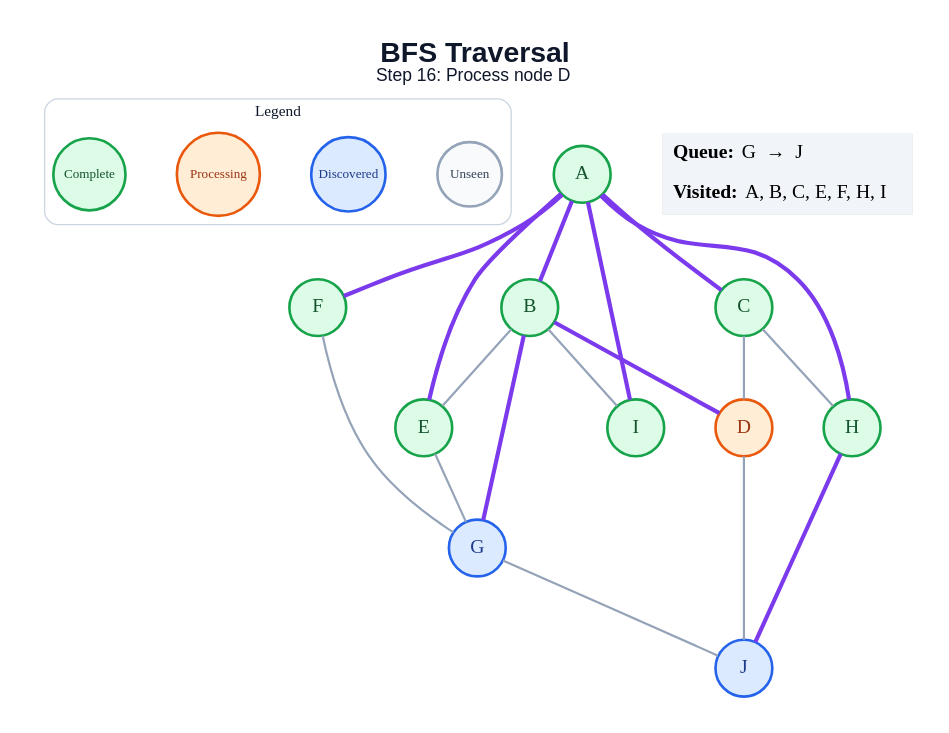
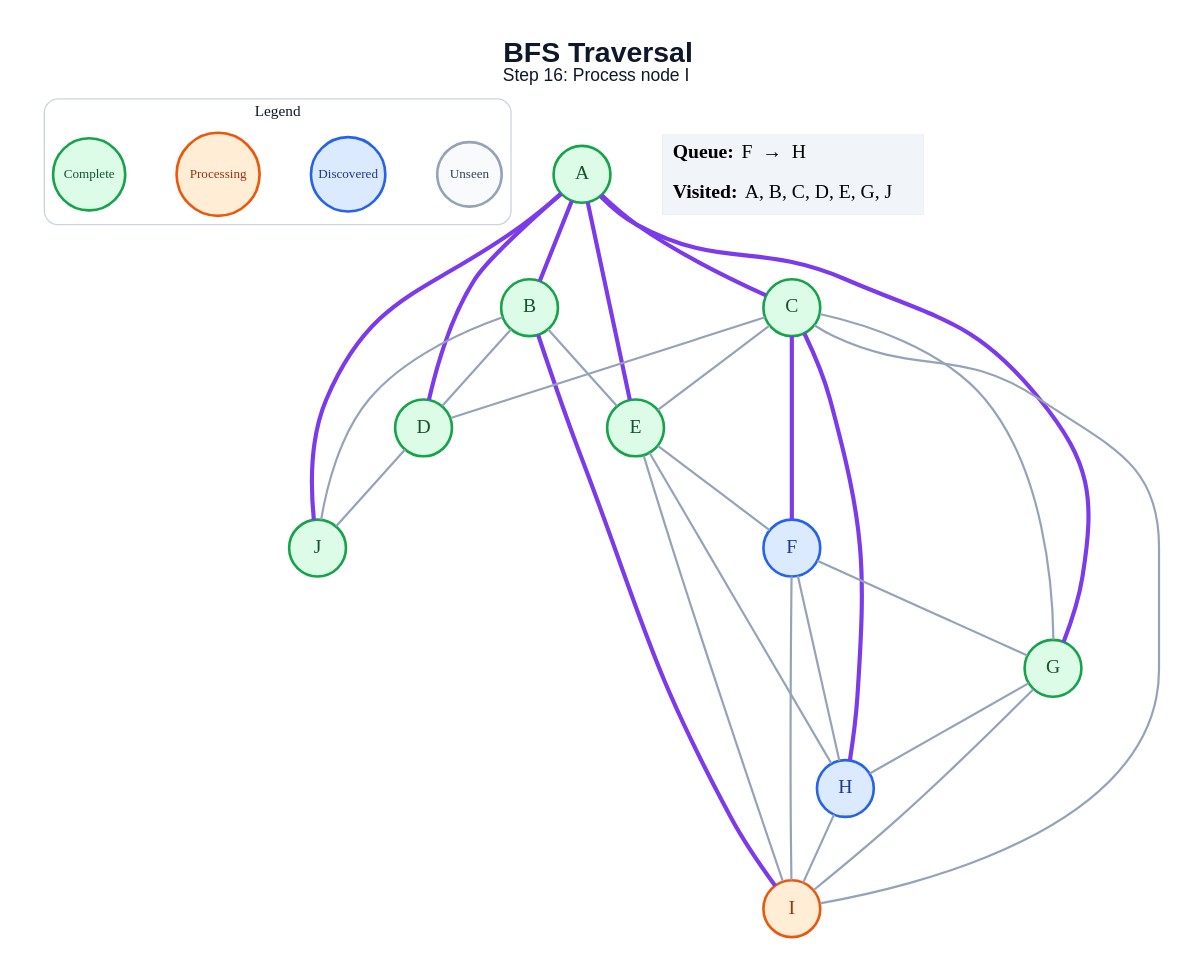
One commit to amanghodawala9/ai-slop changed the diagram in generated/bfs/step_16.dot. Above: the diagram before and after it, drawn with Graphviz. The commit also changed 178 other files, not shown here.

```diff
--- a/generated/bfs/step_16.dot
+++ b/generated/bfs/step_16.dot
@@ -1,46 +1,55 @@
 graph traversal {
   graph [layout=dot, rankdir=TB, bgcolor="#FFFFFF", pad="0.35", nodesep="0.65", ranksep="0.8", fontname="Arial"];
   node [shape=circle, style="filled", fontname="Arial Bold", fontsize=18, width=0.72, fixedsize=true, penwidth=2.4];
   edge [color="#94A3B8", penwidth=2.0];
-  label=<<B>BFS Traversal</B><BR/><FONT POINT-SIZE="16">Step 16: Process node D</FONT>>; labelloc="t"; fontsize=26; fontname="Arial"; fontcolor="#0F172A";
+  label=<<B>BFS Traversal</B><BR/><FONT POINT-SIZE="16">Step 16: Process node I</FONT>>; labelloc="t"; fontsize=26; fontname="Arial"; fontcolor="#0F172A";
   subgraph cluster_legend { label="Legend"; color="#CBD5E1"; penwidth=1.2; style="rounded"; fontsize=14; fontname="Arial Bold";
     key_unseen [label="Unseen", fillcolor="#F8FAFC", color="#94A3B8", fontcolor="#334155", fontsize=12, width=0.82];
     key_frontier [label="Discovered", fillcolor="#DBEAFE", color="#2563EB", fontcolor="#1E3A8A", fontsize=12, width=0.95];
     key_current [label="Processing", fillcolor="#FFEDD5", color="#EA580C", fontcolor="#9A3412", fontsize=12, width=1.05];
     key_done [label="Complete", fillcolor="#DCFCE7", color="#16A34A", fontcolor="#14532D", fontsize=12, width=0.92];
     { rank=same; key_unseen; key_frontier; key_current; key_done; }
   }
   A [fillcolor="#DCFCE7", color="#16A34A", fontcolor="#14532D"];
   B [fillcolor="#DCFCE7", color="#16A34A", fontcolor="#14532D"];
   C [fillcolor="#DCFCE7", color="#16A34A", fontcolor="#14532D"];
-  D [fillcolor="#FFEDD5", color="#EA580C", fontcolor="#9A3412"];
+  D [fillcolor="#DCFCE7", color="#16A34A", fontcolor="#14532D"];
   E [fillcolor="#DCFCE7", color="#16A34A", fontcolor="#14532D"];
-  F [fillcolor="#DCFCE7", color="#16A34A", fontcolor="#14532D"];
-  G [fillcolor="#DBEAFE", color="#2563EB", fontcolor="#1E3A8A"];
-  H [fillcolor="#DCFCE7", color="#16A34A", fontcolor="#14532D"];
-  I [fillcolor="#DCFCE7", color="#16A34A", fontcolor="#14532D"];
-  J [fillcolor="#DBEAFE", color="#2563EB", fontcolor="#1E3A8A"];
+  F [fillcolor="#DBEAFE", color="#2563EB", fontcolor="#1E3A8A"];
+  G [fillcolor="#DCFCE7", color="#16A34A", fontcolor="#14532D"];
+  H [fillcolor="#DBEAFE", color="#2563EB", fontcolor="#1E3A8A"];
+  I [fillcolor="#FFEDD5", color="#EA580C", fontcolor="#9A3412"];
+  J [fillcolor="#DCFCE7", color="#16A34A", fontcolor="#14532D"];
   A -- B [color="#7C3AED", penwidth=3.8];
   A -- C [color="#7C3AED", penwidth=3.8];
+  A -- D [color="#7C3AED", penwidth=3.8];
   A -- E [color="#7C3AED", penwidth=3.8];
-  A -- F [color="#7C3AED", penwidth=3.8];
-  A -- H [color="#7C3AED", penwidth=3.8];
-  A -- I [color="#7C3AED", penwidth=3.8];
-  B -- D [color="#7C3AED", penwidth=3.8];
+  A -- G [color="#7C3AED", penwidth=3.8];
+  A -- J [color="#7C3AED", penwidth=3.8];
+  B -- D;
   B -- E;
-  B -- G [color="#7C3AED", penwidth=3.8];
-  B -- I;
+  B -- I [color="#7C3AED", penwidth=3.8];
+  B -- J;
   C -- D;
-  C -- H;
+  C -- E;
+  C -- F [color="#7C3AED", penwidth=3.8];
+  C -- G;
+  C -- H [color="#7C3AED", penwidth=3.8];
+  C -- I;
   D -- J;
-  E -- G;
+  E -- F;
+  E -- H;
+  E -- I;
   F -- G;
-  G -- J;
-  H -- J [color="#7C3AED", penwidth=3.8];
+  F -- H;
+  F -- I;
+  G -- H;
+  G -- I;
+  H -- I;
   status [shape=plain, fixedsize=false, width=0, height=0, margin=0, label=<
     <TABLE BORDER="0" CELLBORDER="0" CELLPADDING="7" BGCOLOR="#F1F5F9">
-      <TR><TD ALIGN="LEFT"><B>Queue:</B> G  →  J</TD></TR>
-      <TR><TD ALIGN="LEFT"><B>Visited:</B> A, B, C, E, F, H, I</TD></TR>
+      <TR><TD ALIGN="LEFT"><B>Queue:</B> F  →  H</TD></TR>
+      <TR><TD ALIGN="LEFT"><B>Visited:</B> A, B, C, D, E, G, J</TD></TR>
     </TABLE>
   >];
 }
```
